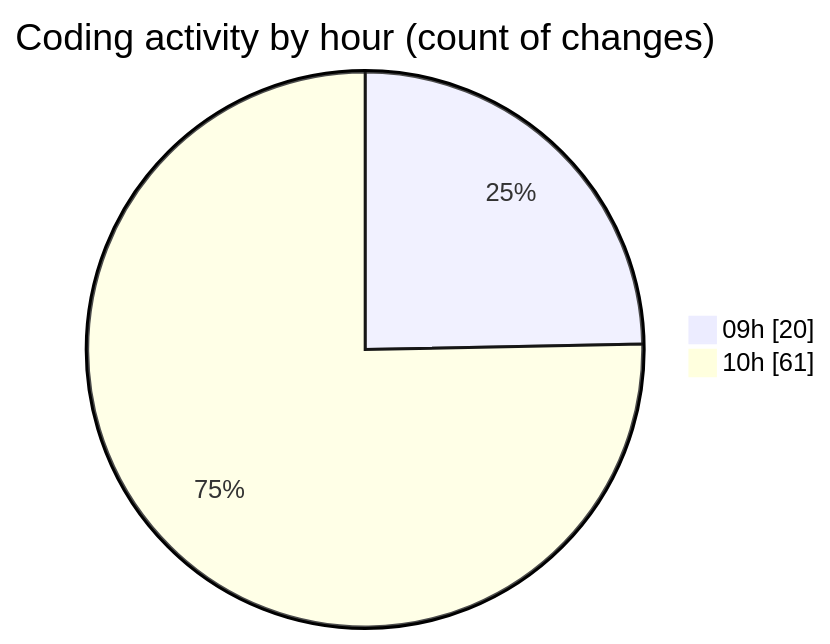
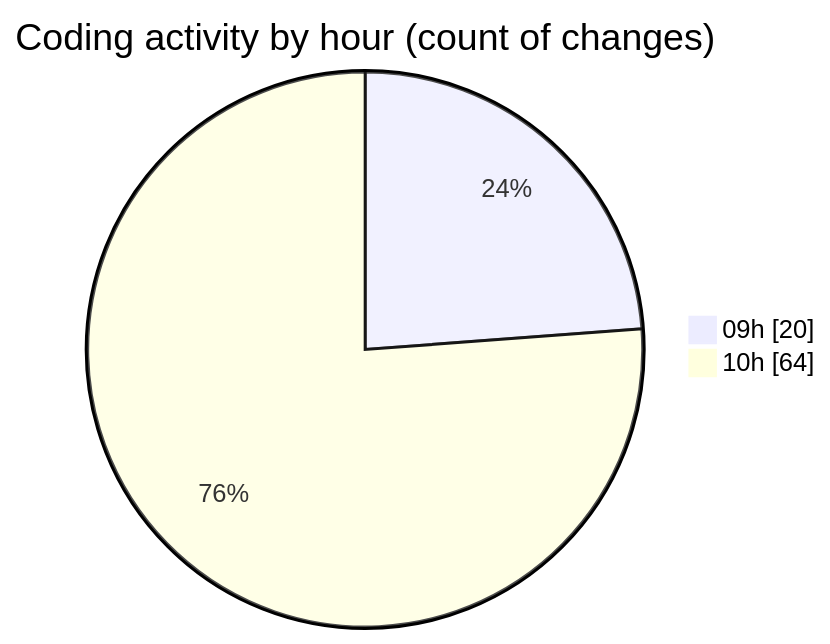
The second of 2 diagrams in 2025-06-06/ecodeli-1/README.md (CELIANVF/code-tracking), drawn with Mermaid before and after one commit. The commit also changed other lines of this file and 1 other file, not shown here.

````diff
--- a/2025-06-06/ecodeli-1/README.md
+++ b/2025-06-06/ecodeli-1/README.md
@@ -57,6 +58,6 @@
 ```mermaid
 pie showData
 title Coding activity by hour (count of changes)
 "09h" : 20
-"10h" : 61
+"10h" : 64
 ```
````
